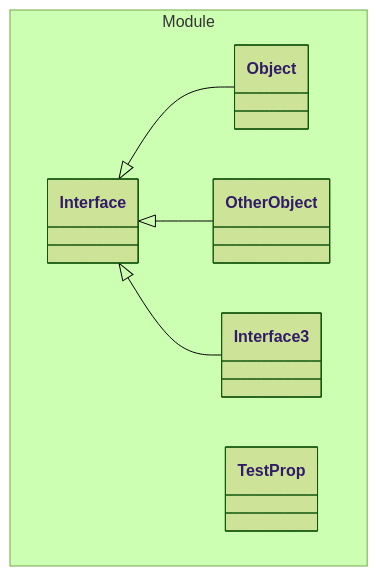
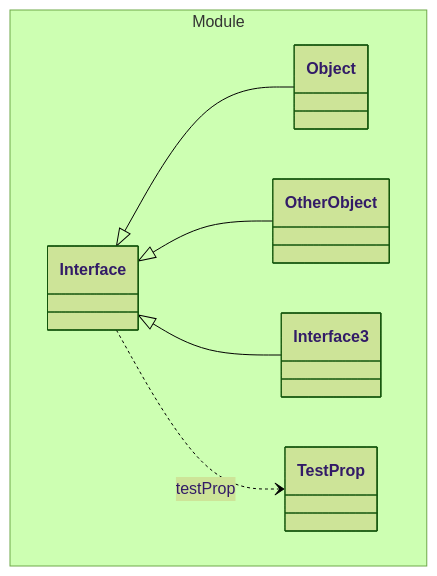
The diagram in tests/java/expected/Module/Interface.yaml.md (lizzyTheLizard/domain-schema-documentation), drawn with Mermaid (forest theme) before and after one commit. The commit also changed other lines of this file and 5 other files, not shown here.

````diff
--- a/tests/java/expected/Module/Interface.yaml.md
+++ b/tests/java/expected/Module/Interface.yaml.md
@@ -4,18 +4,19 @@
 ```mermaid
 classDiagram
 namespace Module {
   class _Module_Interface_yaml["Interface"]
   class TestProp["TestProp"]
   class Interface3["Interface3"]
   class OtherObject["OtherObject"]
   class _Module_Object_yaml["Object"]
 }
 _Module_Interface_yaml <|-- _Module_Object_yaml 
 _Module_Interface_yaml <|-- OtherObject 
 _Module_Interface_yaml <|-- Interface3 
+_Module_Interface_yaml ..> TestProp :testProp
 click _Module_Interface_yaml href "./Interface.yaml.html" "Interface"
 click TestProp href "./Interface.yaml.html" "Interface"
 click Interface3 href "./Interface.yaml.html" "Interface"
 click OtherObject href "./Interface.yaml.html" "Interface"
 click _Module_Object_yaml href "./Object.yaml.html" "Object"
 ```
````
